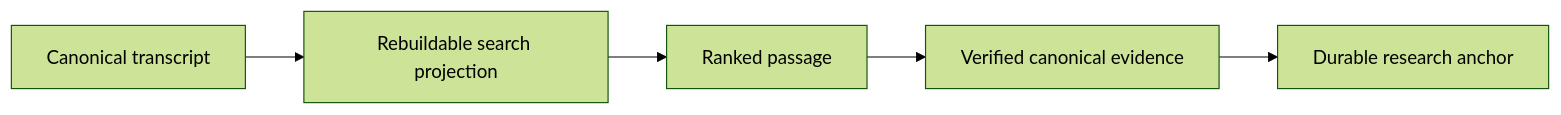
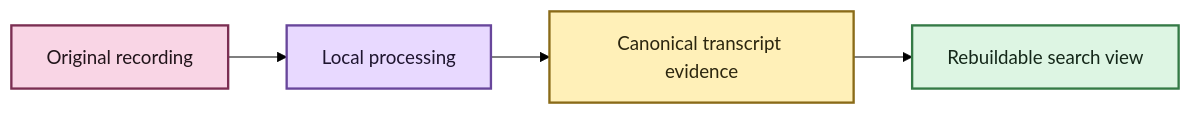
Before and after one commit to SSD1805/EchoFlow: the diagram in docs/documentation-style.md, drawn with Mermaid (forest theme). The commit also changed other lines of this file and 29 other files, not shown here.

Commit message:
docs: restore Mermaid styling and refresh current product truth

````diff
--- a/docs/documentation-style.md
+++ b/docs/documentation-style.md
@@ -122,7 +171,16 @@
 ```mermaid
-graph LR;
-    A[Canonical transcript] --> B[Rebuildable search projection]
-    B --> C[Ranked passage]
-    C --> D[Verified canonical evidence]
-    D --> E[Durable research anchor]
+flowchart LR
+    A[Original recording] --> B[Local processing]
+    B --> C[Canonical transcript evidence]
+    C --> D[Rebuildable search view]
+
+    classDef source fill:#F9D5E5,stroke:#7B2E52,stroke-width:2px,color:#22151B
+    classDef process fill:#E8D9FF,stroke:#68469B,stroke-width:2px,color:#1F1630
+    classDef evidence fill:#FFF0B8,stroke:#8A6B18,stroke-width:2px,color:#2C260F
+    classDef view fill:#DDF5E3,stroke:#347A46,stroke-width:2px,color:#142719
+
+    class A source
+    class B process
+    class C evidence
+    class D view
 ```
````
